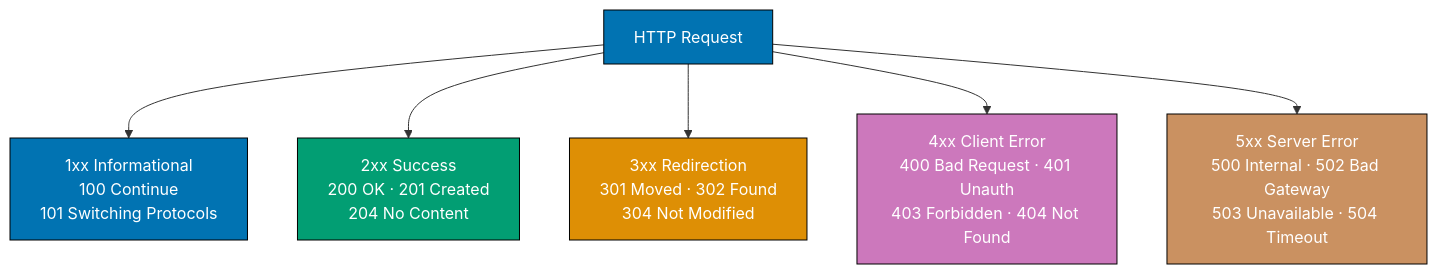
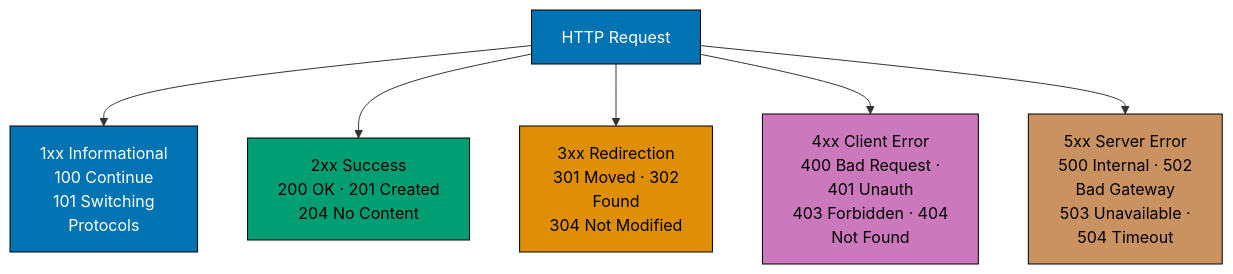
One commit to wahidyankf/ose-public changed the eighth of 8 diagrams in apps/ayokoding-www/content/en/learn/legacy/software-engineering/networking/by-example/beginner.md. Above: the diagram before and after it, drawn with Mermaid. The commit also changed other lines of this file and 78 other files, not shown here.

First line of the commit message:
fix(mermaid): bring the remaining legacy software-engineering diagrams onto the accessible palette

````diff
--- a/apps/ayokoding-www/content/en/learn/legacy/software-engineering/networking/by-example/beginner.md
+++ b/apps/ayokoding-www/content/en/learn/legacy/software-engineering/networking/by-example/beginner.md
@@ -1618,23 +1661,31 @@
 ```mermaid
 %% Color Palette: Blue #0173B2, Orange #DE8F05, Teal #029E73, Purple #CC78BC, Brown #CA9161
 graph TD
+    accTitle: Example 21: HTTP Status Codes
+    accDescr: Graph with 6 nodes and 5 connections. Nodes: HTTP Request, 1xx Informational 100 Continue 101 Switching Protocols, 2xx Success 200 OK · 201 Created 204 No Content, 3xx Redirection 301 Moved · 302 Found 304 Not Modified, 4xx Client Error 400 Bad Request · 401 Unauth 403 Forbidden · 404 Not Found, 5xx Server Error 500 Internal · 502 Bad Gateway 503 Unavailable · 504 Timeout. Connections: HTTP Request to 1xx Informational 100 Continue 101 Switching Protocols, HTTP Request to 2xx Success 200 OK · 201 Created 204 No Content, HTTP Request to 3xx Redirection 301 Moved · 302 Found 304 Not Modified, HTTP Request to 4xx Client Error 400 Bad Request · 401 Unauth 403 Forbidden · 404 Not Found, HTTP Request to 5xx Server Error 500 Internal · 502 Bad Gateway 503 Unavailable · 504 Timeout.
     REQ["HTTP Request"]
-    C1xx["1xx Informational<br/>100 Continue<br/>101 Switching Protocols"]
+    C1xx["1xx Informational<br/>100 Continue<br/>101 Switching<br/>Protocols"]
     C2xx["2xx Success<br/>200 OK · 201 Created<br/>204 No Content"]
-    C3xx["3xx Redirection<br/>301 Moved · 302 Found<br/>304 Not Modified"]
-    C4xx["4xx Client Error<br/>400 Bad Request · 401 Unauth<br/>403 Forbidden · 404 Not Found"]
-    C5xx["5xx Server Error<br/>500 Internal · 502 Bad Gateway<br/>503 Unavailable · 504 Timeout"]
+    C3xx["3xx Redirection<br/>301 Moved · 302<br/>Found<br/>304 Not Modified"]
+    C4xx["4xx Client Error<br/>400 Bad Request ·<br/>401 Unauth<br/>403 Forbidden · 404<br/>Not Found"]
+    C5xx["5xx Server Error<br/>500 Internal · 502<br/>Bad Gateway<br/>503 Unavailable ·<br/>504 Timeout"]
 
     REQ --> C1xx
     REQ --> C2xx
     REQ --> C3xx
     REQ --> C4xx
     REQ --> C5xx
 
-    style C2xx fill:#029E73,stroke:#000,color:#fff
-    style C3xx fill:#DE8F05,stroke:#000,color:#fff
-    style C4xx fill:#CC78BC,stroke:#000,color:#fff
-    style C5xx fill:#CA9161,stroke:#000,color:#fff
-    style C1xx fill:#0173B2,stroke:#000,color:#fff
-    style REQ fill:#0173B2,stroke:#000,color:#fff
+    classDef pal-029E73 fill:#029E73,stroke:#000000,color:#000000
+    class C2xx pal-029E73
+    classDef pal-DE8F05 fill:#DE8F05,stroke:#000000,color:#000000
+    class C3xx pal-DE8F05
+    classDef pal-CC78BC fill:#CC78BC,stroke:#000000,color:#000000
+    class C4xx pal-CC78BC
+    classDef pal-CA9161 fill:#CA9161,stroke:#000000,color:#000000
+    class C5xx pal-CA9161
+    classDef pal-0173B2 fill:#0173B2,stroke:#000000,color:#FFFFFF
+    class C1xx pal-0173B2
+    class REQ pal-0173B2
+    classDef default fill:#FFFFFF,stroke:#000000,color:#000000
 ```
````
